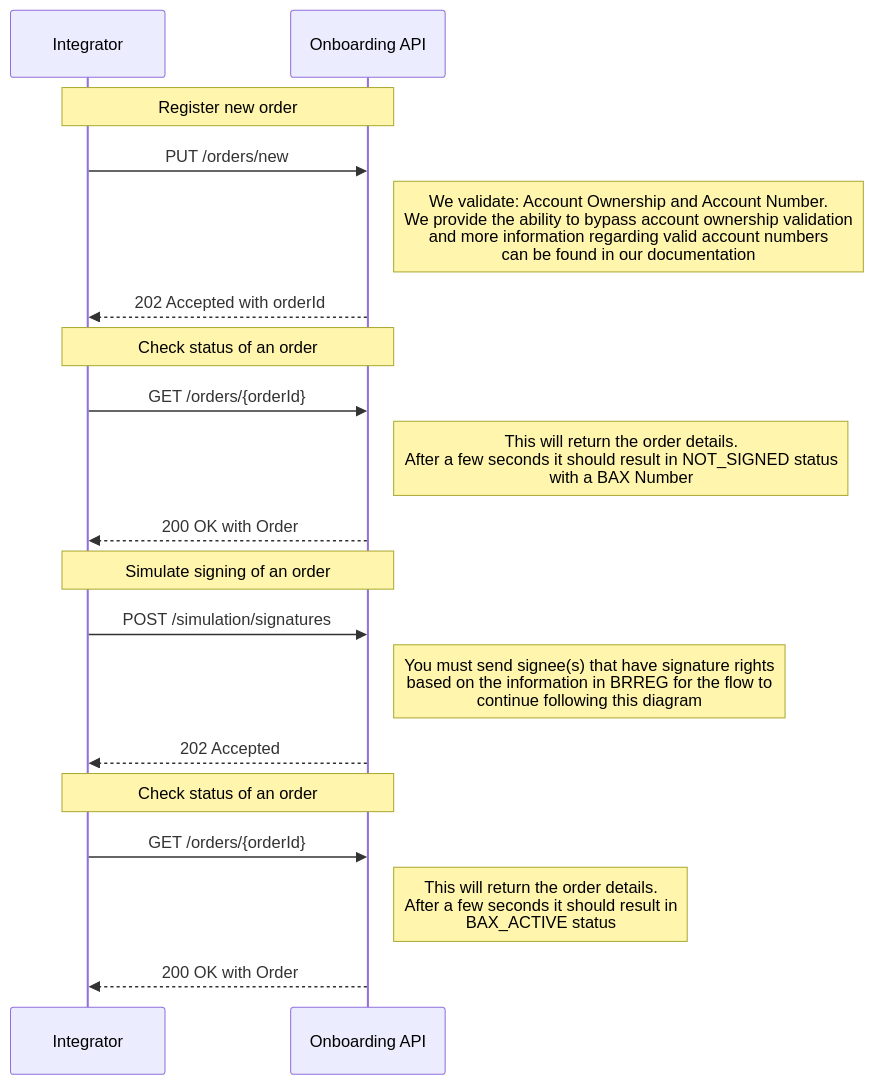
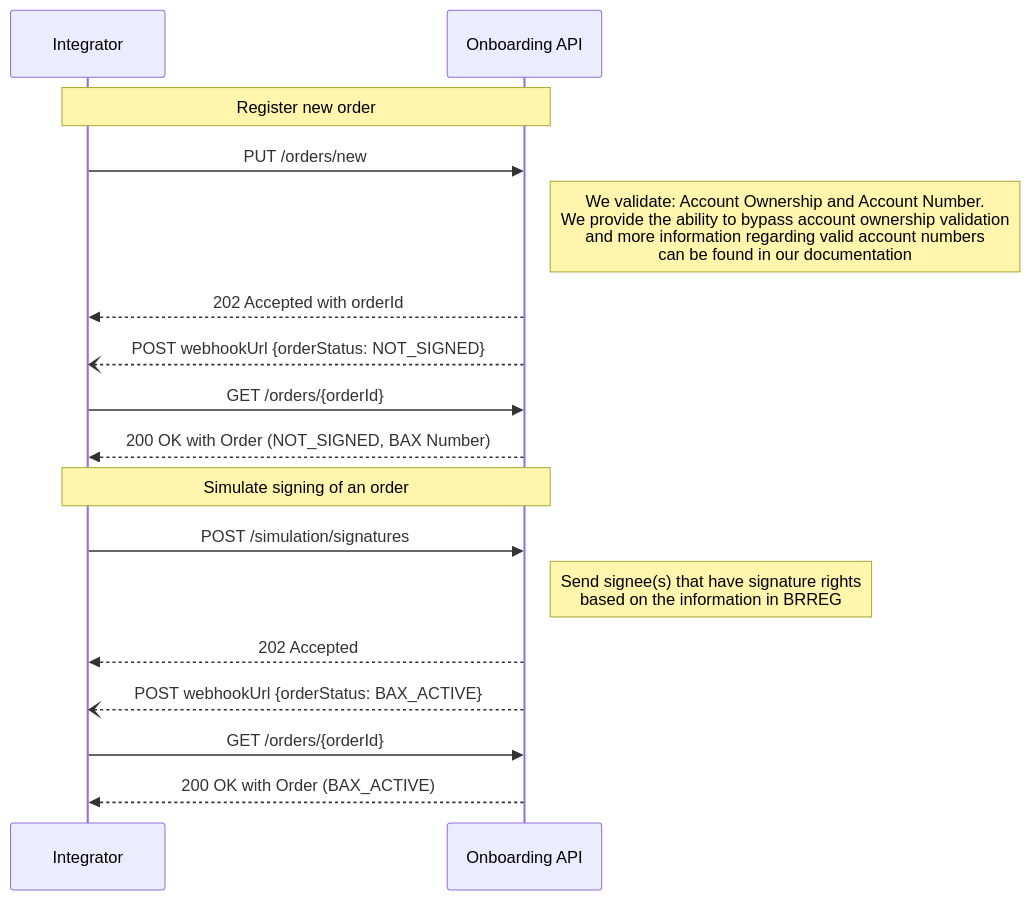
One commit to BankAxept/bankaxept-onboarding-external-documentation changed the first of 3 diagrams in docs/test_flows.md. Above: the diagram before and after it, drawn with Mermaid. The commit also changed other lines of this file and 6 other files, not shown here.

First line of the commit message:
Link from the introduction flowchart to the prod/test flows (#48)

````diff
--- a/docs/test_flows.md
+++ b/docs/test_flows.md
@@ -5,25 +10,23 @@
 ```mermaid
 sequenceDiagram
 participant I as Integrator
 participant O as Onboarding API
 
 note over I, O: Register new order
 I ->> O: PUT /orders/new
 note right of O: We validate: Account Ownership and Account Number. <br/> We provide the ability to bypass account ownership validation <br/> and more information regarding valid account numbers <br/> can be found in our documentation
 O -->> I: 202 Accepted with orderId
 
-note over I, O: Check status of an order
+O --) I: POST webhookUrl {orderStatus: NOT_SIGNED}
 I ->> O : GET /orders/{orderId}
-note right of O: This will return the order details. <br/> After a few seconds it should result in NOT_SIGNED status <br/> with a BAX Number
-O -->> I: 200 OK with Order
+O -->> I: 200 OK with Order (NOT_SIGNED, BAX Number)
 
 note over I, O: Simulate signing of an order
 I ->> O: POST /simulation/signatures
-note right of O: You must send signee(s) that have signature rights <br/> based on the information in BRREG for the flow to <br/> continue following this diagram
+note right of O: Send signee(s) that have signature rights <br/> based on the information in BRREG
 O -->> I: 202 Accepted
 
-note over I, O: Check status of an order
+O --) I: POST webhookUrl {orderStatus: BAX_ACTIVE}
 I ->> O : GET /orders/{orderId}
-note right of O: This will return the order details. <br/> After a few seconds it should result in <br/> BAX_ACTIVE status
-O -->> I: 200 OK with Order
+O -->> I: 200 OK with Order (BAX_ACTIVE)
 ```
````
